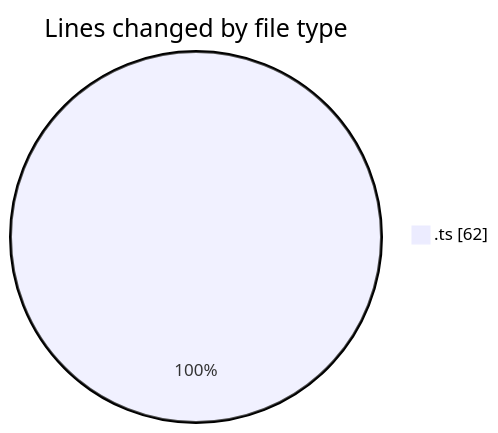
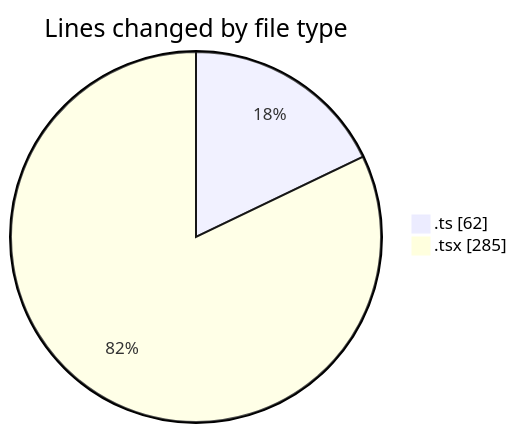
Before and after one commit to momahboobian/code-tracking: the first of 2 diagrams in 2025-08-13/cda/README.md, drawn with Mermaid. The commit also changed other lines of this file and 1 other file, not shown here.

````diff
--- a/2025-08-13/cda/README.md
+++ b/2025-08-13/cda/README.md
@@ -20,5 +21,6 @@
 ```mermaid
 pie showData
 title Lines changed by file type
 ".ts" : 62
+".tsx" : 285
 ```
````
